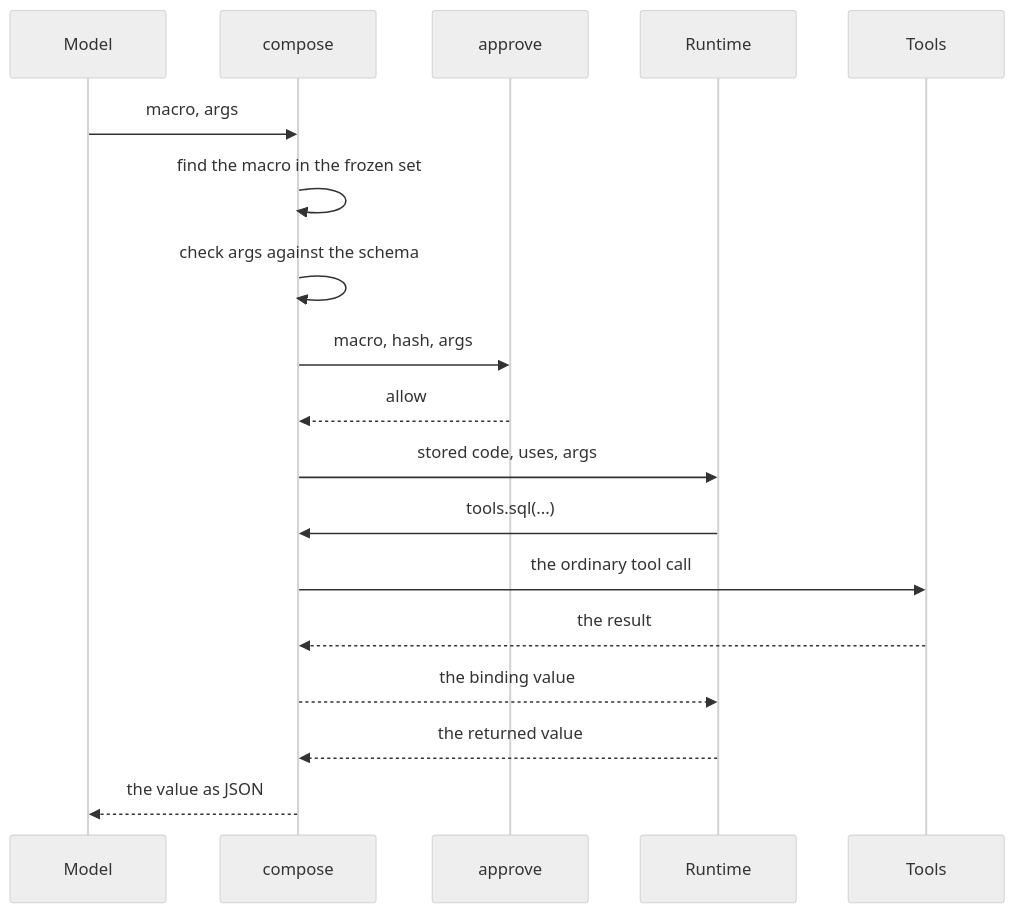
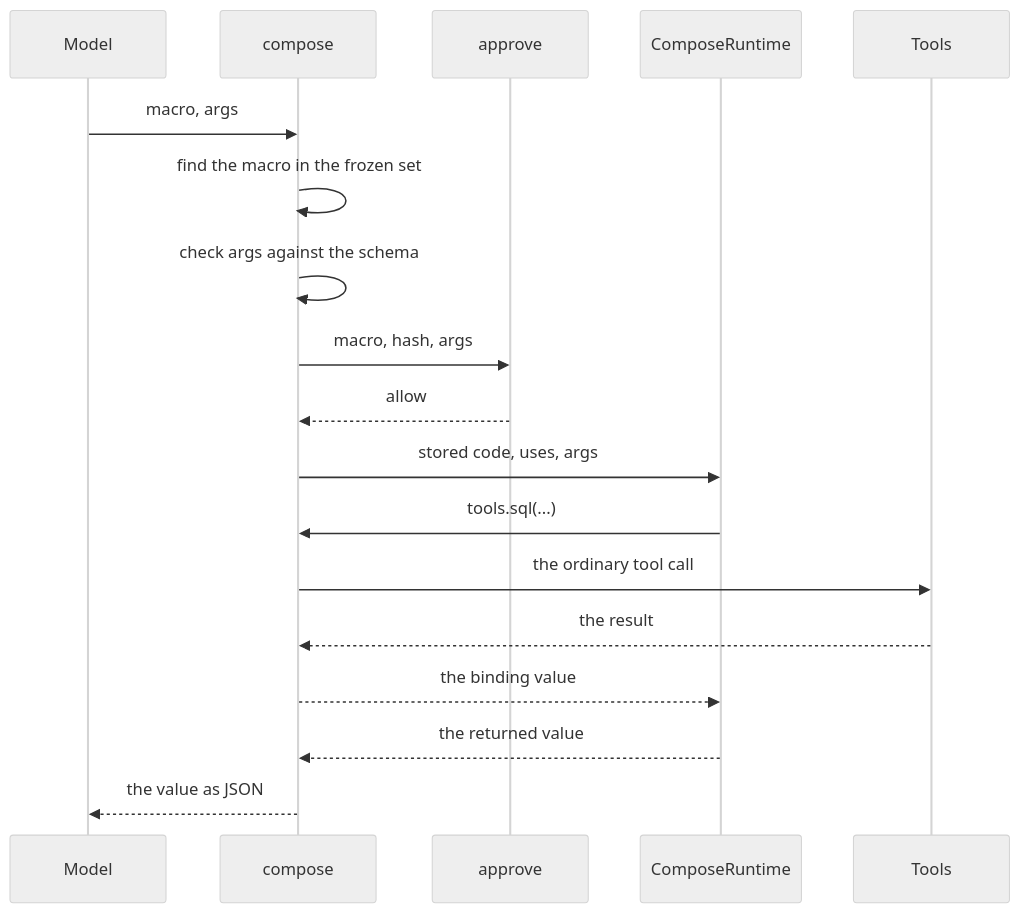
Before and after one commit to ambionframework/ambion: the diagram in docs/macros.md, drawn with Mermaid (neutral theme). The commit also changed other lines of this file and 58 other files, not shown here.

````diff
--- a/docs/macros.md
+++ b/docs/macros.md
@@ -206,20 +207,20 @@
 ```mermaid
 sequenceDiagram
   participant M as Model
   participant C as compose
   participant A as approve
-  participant E as Runtime
+  participant E as ComposeRuntime
   participant T as Tools
   M->>C: macro, args
   C->>C: find the macro in the frozen set
   C->>C: check args against the schema
   C->>A: macro, hash, args
   A-->>C: allow
   C->>E: stored code, uses, args
   E->>C: tools.sql(...)
   C->>T: the ordinary tool call
   T-->>C: the result
   C-->>E: the binding value
   E-->>C: the returned value
   C-->>M: the value as JSON
 ```
````
